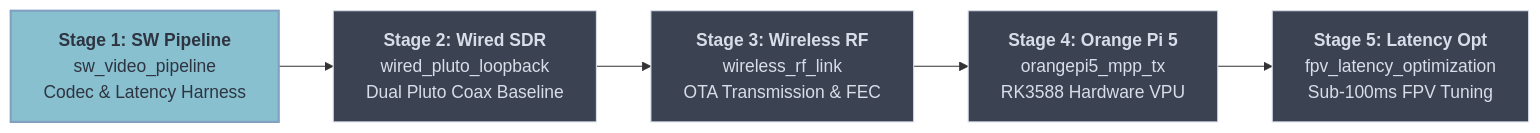
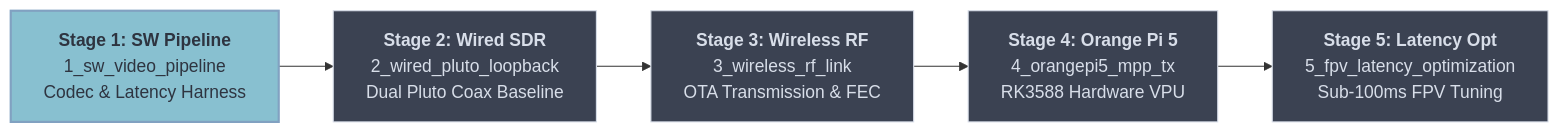
The diagram in readme.md (DevilSu/gentoo_llwvs), drawn with Mermaid before and after one commit. The commit also changed other lines of this file and 15 other files, not shown here.

````diff
--- a/readme.md
+++ b/readme.md
@@ -59,12 +59,12 @@
 ```mermaid
 graph LR
     classDef done fill:#4C566A,stroke:#A3BE8C,stroke-width:2px,color:#ECEFF4;
     classDef next fill:#88C0D0,stroke:#81A1C1,stroke-width:2px,color:#2E3440;
     classDef future fill:#3B4252,stroke:#D8DEE9,stroke-width:1px,color:#D8DEE9;
 
-    S1["<b>Stage 1: SW Pipeline</b><br/>sw_video_pipeline<br/>Codec & Latency Harness"]:::next -->
-    S2["<b>Stage 2: Wired SDR</b><br/>wired_pluto_loopback<br/>Dual Pluto Coax Baseline"]:::future -->
-    S3["<b>Stage 3: Wireless RF</b><br/>wireless_rf_link<br/>OTA Transmission & FEC"]:::future -->
-    S4["<b>Stage 4: Orange Pi 5</b><br/>orangepi5_mpp_tx<br/>RK3588 Hardware VPU"]:::future -->
-    S5["<b>Stage 5: Latency Opt</b><br/>fpv_latency_optimization<br/>Sub-100ms FPV Tuning"]:::future
+    S1["<b>Stage 1: SW Pipeline</b><br/>1_sw_video_pipeline<br/>Codec & Latency Harness"]:::next -->
+    S2["<b>Stage 2: Wired SDR</b><br/>2_wired_pluto_loopback<br/>Dual Pluto Coax Baseline"]:::future -->
+    S3["<b>Stage 3: Wireless RF</b><br/>3_wireless_rf_link<br/>OTA Transmission & FEC"]:::future -->
+    S4["<b>Stage 4: Orange Pi 5</b><br/>4_orangepi5_mpp_tx<br/>RK3588 Hardware VPU"]:::future -->
+    S5["<b>Stage 5: Latency Opt</b><br/>5_fpv_latency_optimization<br/>Sub-100ms FPV Tuning"]:::future
 ```
````
